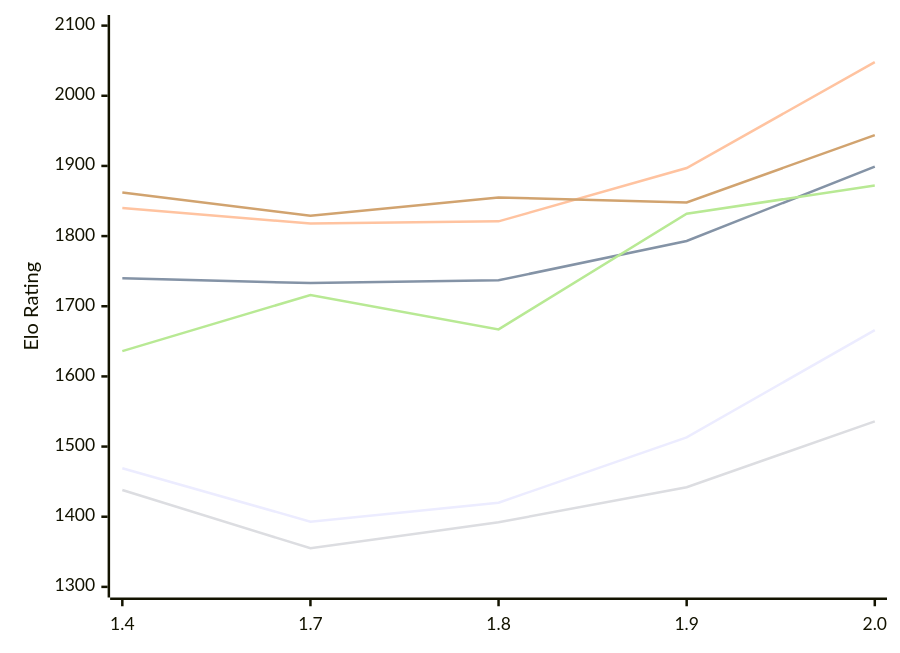
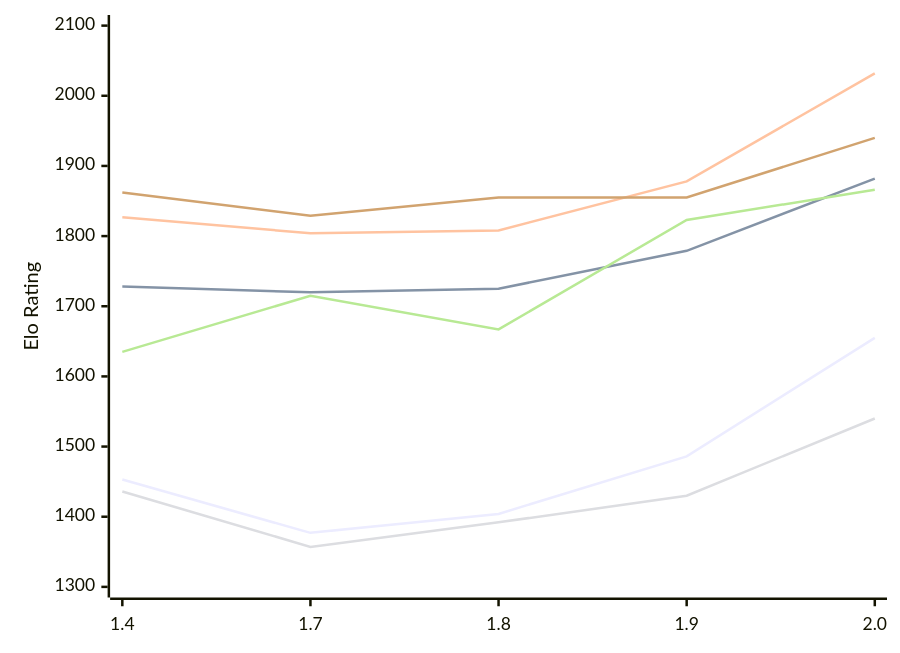
The diagram in engines/Russell.md (computer-chess-index/cci), drawn with Mermaid before and after one commit. The commit also changed other lines of this file, not shown here.

Commit message:
Update CCI Ratings (ELO VLTC) - 2026-11-15

````diff
--- a/engines/Russell.md
+++ b/engines/Russell.md
@@ -55,12 +55,12 @@
 ```mermaid
 %%{init: {"theme":"base","themeVariables":{"seriesColors:['#a3a3a3','#222221','#faa371']}}}%%
 xychart-beta
   x-axis ["1.4", "1.7", "1.8", "1.9", "2.0"]
   y-axis "Elo Rating" 1300 --> 2100
-  line "E1: STC (8.0+0.08s)" [1469, 1393, 1420, 1513, 1666]
-  line "E1: LTC (60.0+0.60s)" [1740, 1733, 1737, 1793, 1899]
-  line "E1: VLTC (2m24s+1.12s)" [1840, 1818, 1821, 1897, 2048]
-  line "P1: STC (8.0+0.08s)" [1438, 1355, 1392, 1442, 1536]
-  line "P1: LTC (60.0+0.60s)" [1636, 1716, 1667, 1832, 1872]
-  line "P1: VLTC (2m24s+1.12s)" [1862, 1829, 1855, 1848, 1944]
+  line "E1: STC (8.0+0.08s)" [1453, 1377, 1404, 1486, 1655]
+  line "E1: LTC (60.0+0.60s)" [1728, 1720, 1725, 1779, 1882]
+  line "E1: VLTC (2m24s+1.12s)" [1827, 1804, 1808, 1878, 2032]
+  line "P1: STC (8.0+0.08s)" [1436, 1357, 1392, 1430, 1540]
+  line "P1: LTC (60.0+0.60s)" [1635, 1715, 1667, 1823, 1866]
+  line "P1: VLTC (2m24s+1.12s)" [1862, 1829, 1855, 1855, 1940]
 ```
````
